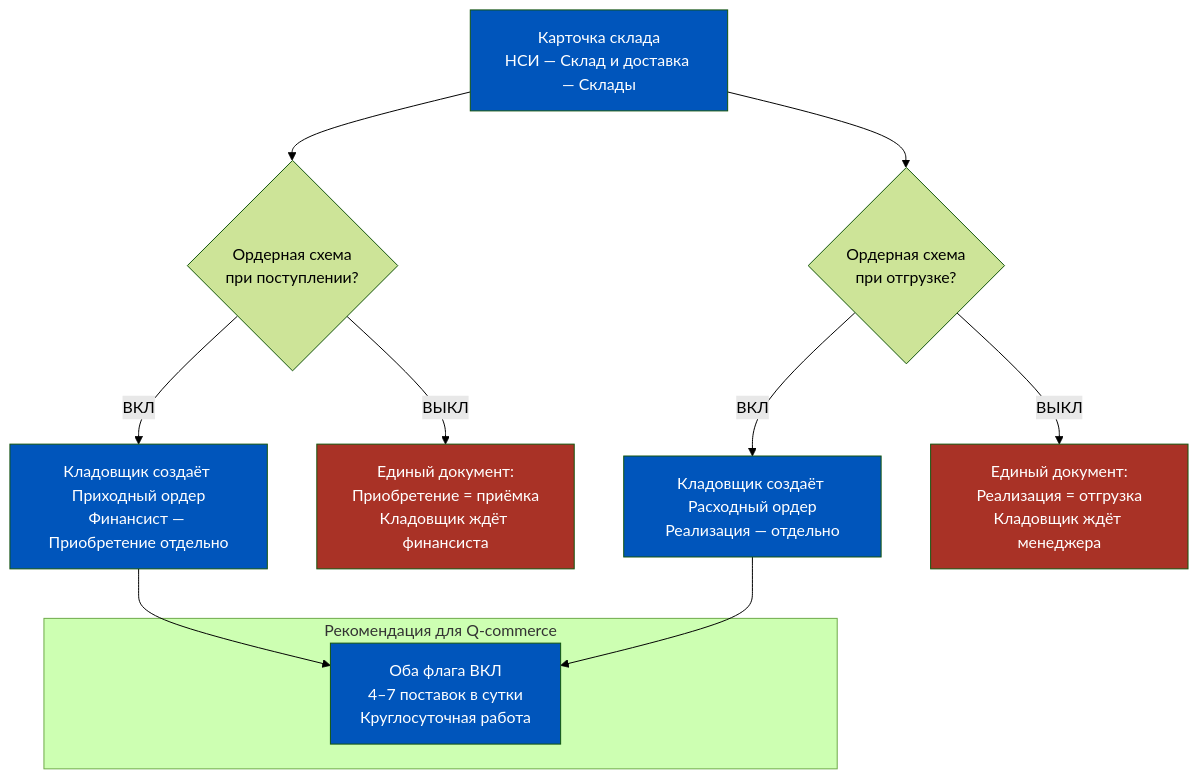
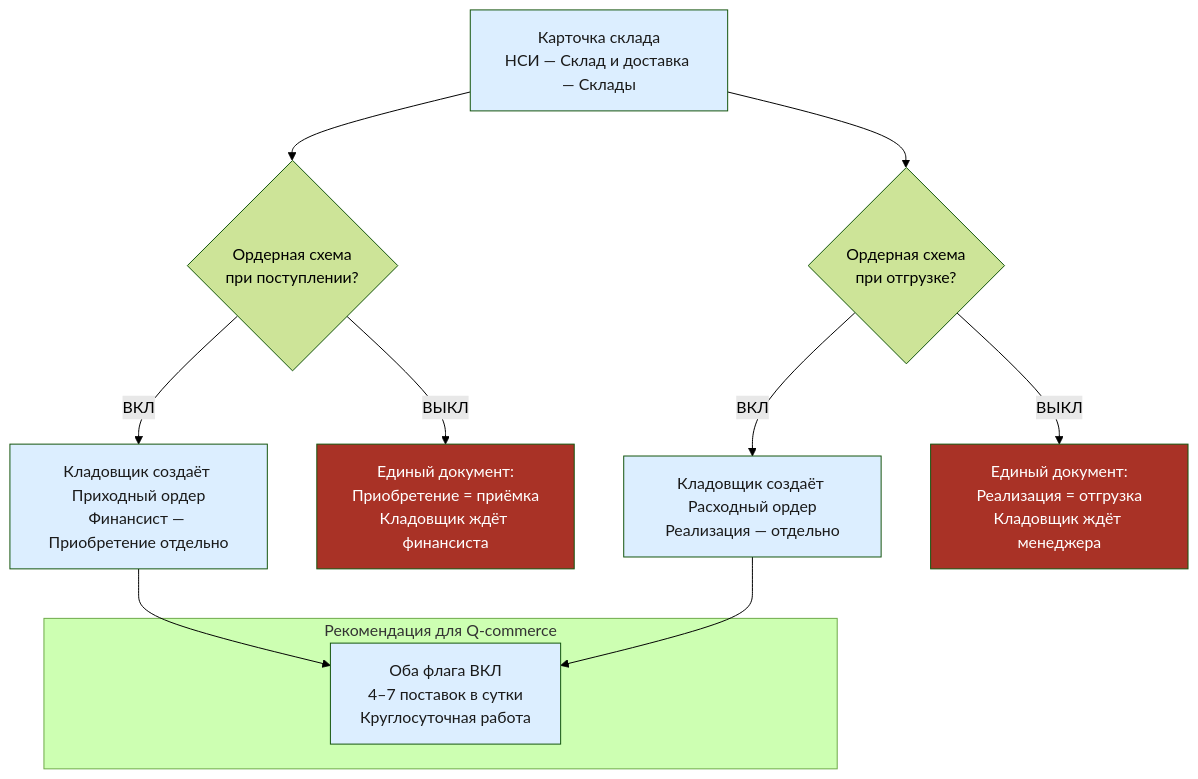
One commit to murad1986/1c-erp-quartz changed the fifth of 8 diagrams in content/1c-erp/week_4/Неделя 4 - День 1 - Ордерная схема склада.md. Above: the diagram before and after it, drawn with Mermaid (forest theme). The commit also changed other lines of this file and 57 other files, not shown here.

First line of the commit message:
fix: Mermaid — пастельные цвета в источниках диаграмм (56 файлов)

````diff
--- a/content/1c-erp/week_4/Неделя 4 - День 1 - Ордерная схема склада.md
+++ b/content/1c-erp/week_4/Неделя 4 - День 1 - Ордерная схема склада.md
@@ -274,27 +274,27 @@
 ```mermaid
 flowchart TD
     SKLAD["Карточка склада<br/>НСИ — Склад и доставка — Склады"]
 
     SKLAD --> OPR{"Ордерная схема<br/>при поступлении?"}
     SKLAD --> OTG{"Ордерная схема<br/>при отгрузке?"}
 
     OPR -- ВКЛ --> PR_ON["Кладовщик создаёт Приходный ордер<br/>Финансист — Приобретение отдельно"]
     OPR -- ВЫКЛ --> PR_OFF["Единый документ:<br/>Приобретение = приёмка<br/>Кладовщик ждёт финансиста"]
 
     OTG -- ВКЛ --> OT_ON["Кладовщик создаёт Расходный ордер<br/>Реализация — отдельно"]
     OTG -- ВЫКЛ --> OT_OFF["Единый документ:<br/>Реализация = отгрузка<br/>Кладовщик ждёт менеджера"]
 
     subgraph QCOM["Рекомендация для Q-commerce"]
         QC["Оба флага ВКЛ<br/>4–7 поставок в сутки<br/>Круглосуточная работа"]
     end
 
     PR_ON --> QC
     OT_ON --> QC
 
-    style SKLAD fill:#0055BB,color:#fff
-    style PR_ON fill:#0055BB,color:#fff
-    style OT_ON fill:#0055BB,color:#fff
-    style QC fill:#0055BB,color:#fff
+    style SKLAD fill:#dceeff,color:#1a1a1a
+    style PR_ON fill:#dceeff,color:#1a1a1a
+    style OT_ON fill:#dceeff,color:#1a1a1a
+    style QC fill:#dceeff,color:#1a1a1a
     style PR_OFF fill:#A93226,color:#fff
     style OT_OFF fill:#A93226,color:#fff
 ```
````
